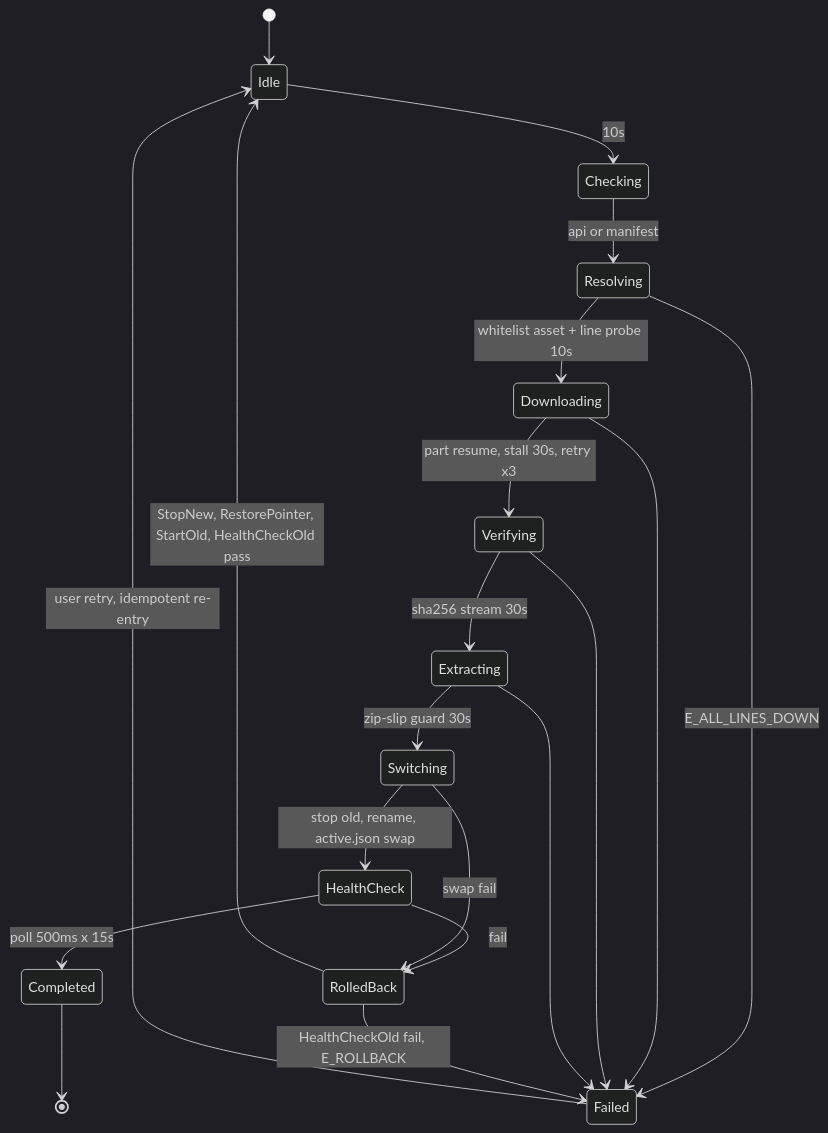
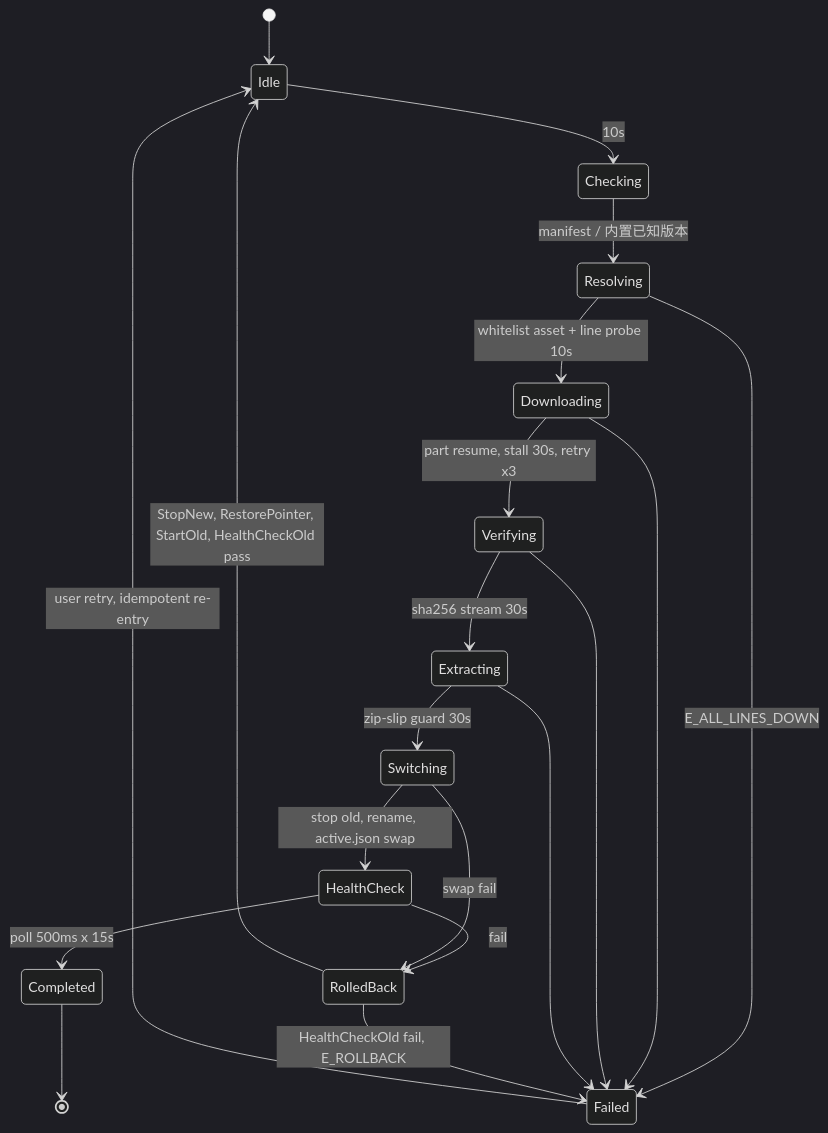
The second of 3 diagrams in docs/requirements-and-design/2026-11-22-wasm-架构设计.md (Alusss/AriaHost), drawn with Mermaid (dark theme) before and after one commit. The commit also changed other lines of this file and 2 other files, not shown here.

Commit message:
docs(v2.15): CoreFabric 单一解释器 + 核心获取去 API 化 + 配置键 52→56 + 设计系统 v2 接线

````diff
--- a/docs/requirements-and-design/2026-11-22-wasm-架构设计.md
+++ b/docs/requirements-and-design/2026-11-22-wasm-架构设计.md
@@ -337,22 +345,22 @@
 ```mermaid
 stateDiagram-v2
     [*] --> Idle
     Idle --> Checking: 10s
-    Checking --> Resolving: api or manifest
+    Checking --> Resolving: manifest / 内置已知版本
     Resolving --> Downloading: whitelist asset + line probe 10s
     Downloading --> Verifying: part resume, stall 30s, retry x3
     Verifying --> Extracting: sha256 stream 30s
     Extracting --> Switching: zip-slip guard 30s
     Switching --> HealthCheck: stop old, rename, active.json swap
     HealthCheck --> Completed: poll 500ms x 15s
     HealthCheck --> RolledBack: fail
     Switching --> RolledBack: swap fail
     Resolving --> Failed: E_ALL_LINES_DOWN
     Downloading --> Failed
     Verifying --> Failed
     Extracting --> Failed
     RolledBack --> Idle: StopNew, RestorePointer, StartOld, HealthCheckOld pass
     RolledBack --> Failed: HealthCheckOld fail, E_ROLLBACK
     Failed --> Idle: user retry, idempotent re-entry
     Completed --> [*]
 ```
````
